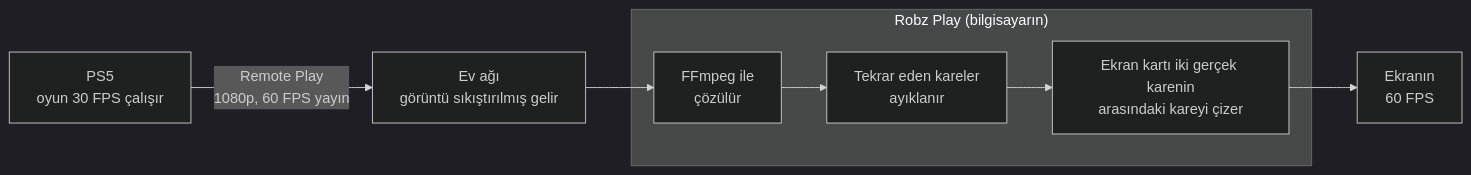
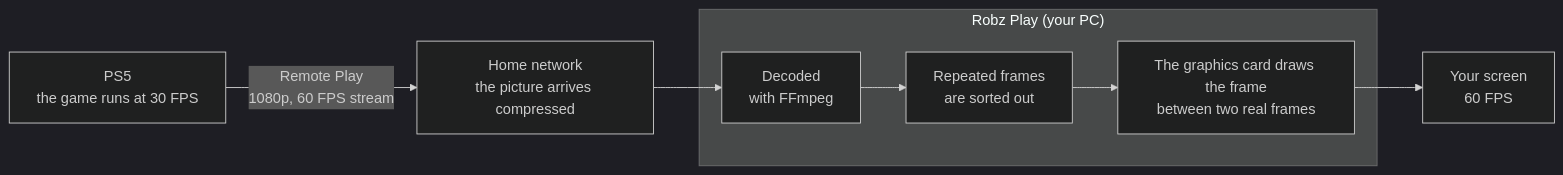
The diagram in README.md (kutsalkiremitci/robz-play), drawn with Mermaid (dark theme) before and after one commit. The commit also changed other lines of this file and 2 other files, not shown here.

````diff
--- a/README.md
+++ b/README.md
@@ -331,10 +331,10 @@
 ```mermaid
 flowchart LR
-    PS5["PS5<br/>oyun 30 FPS çalışır"] -- "Remote Play<br/>1080p, 60 FPS yayın" --> AG["Ev ağı<br/>görüntü sıkıştırılmış gelir"]
-    subgraph RP["Robz Play (bilgisayarın)"]
-        COZ["FFmpeg ile<br/>çözülür"] --> AYIKLA["Tekrar eden kareler<br/>ayıklanır"]
-        AYIKLA --> URET["Ekran kartı iki gerçek karenin<br/>arasındaki kareyi çizer"]
+    PS5["PS5<br/>the game runs at 30 FPS"] -- "Remote Play<br/>1080p, 60 FPS stream" --> NET["Home network<br/>the picture arrives compressed"]
+    subgraph RP["Robz Play (your PC)"]
+        DEC["Decoded<br/>with FFmpeg"] --> DEDUP["Repeated frames<br/>are sorted out"]
+        DEDUP --> GEN["The graphics card draws the frame<br/>between two real frames"]
     end
-    AG --> COZ
-    URET --> EKRAN["Ekranın<br/>60 FPS"]
+    NET --> DEC
+    GEN --> SCREEN["Your screen<br/>60 FPS"]
 ```
````
